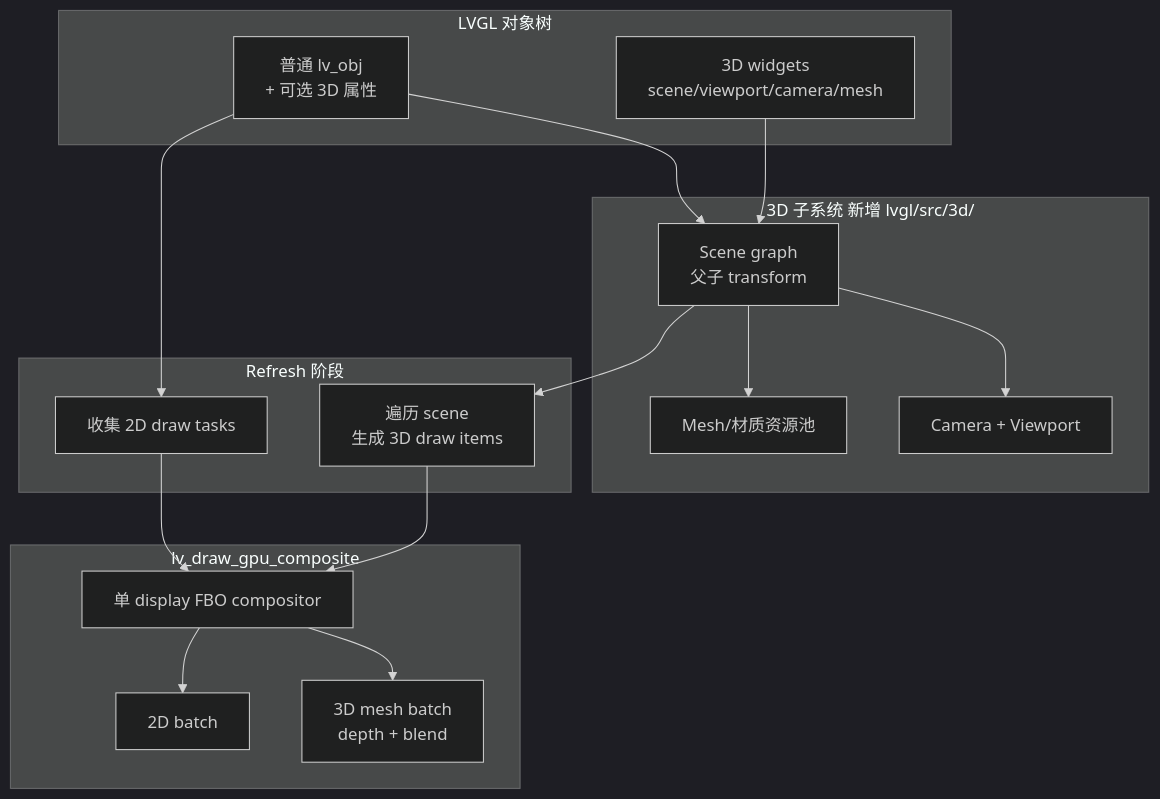
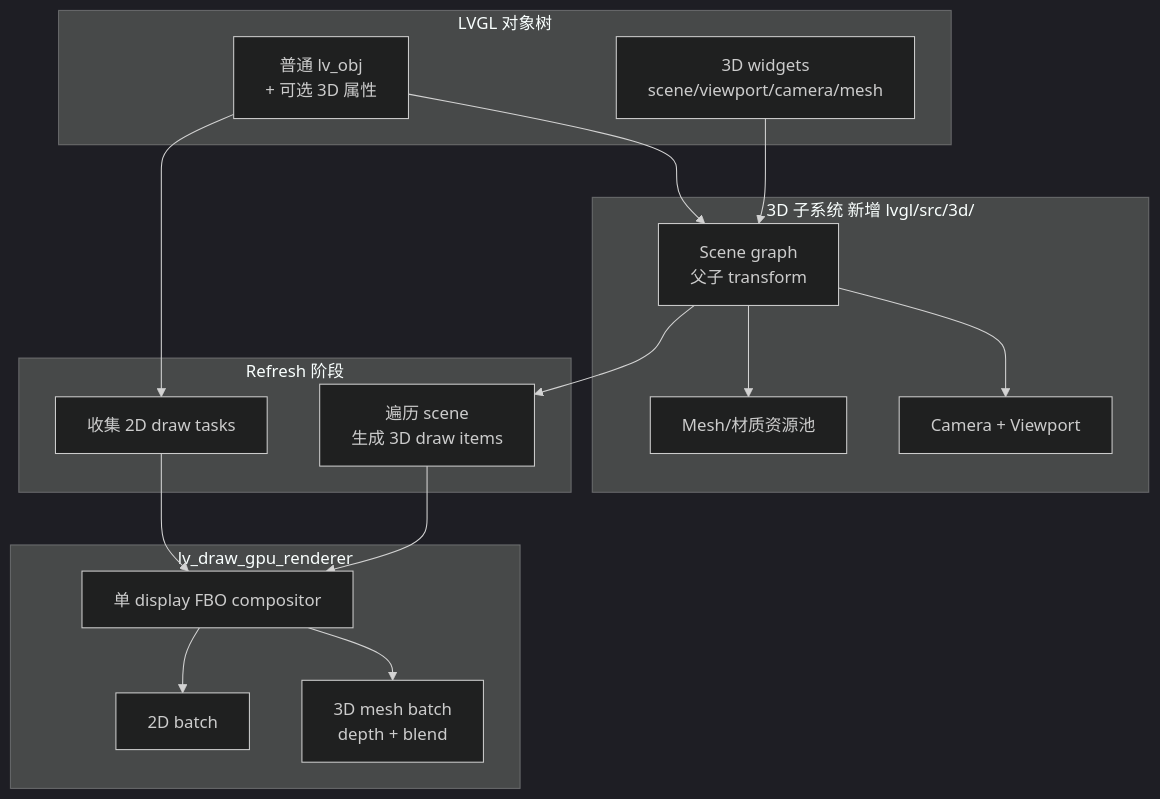
One commit to ganzhong007/lv_port_linux changed the fourth of 18 diagrams in docs/LVGL_2D3D_BACKEND_PLAN.md. Above: the diagram before and after it, drawn with Mermaid (dark theme). The commit also changed other lines of this file and 5 other files, not shown here.

First line of the commit message:
Add LVGL GPU renderer support with verification scripts and documentation updates.

````diff
--- a/docs/LVGL_2D3D_BACKEND_PLAN.md
+++ b/docs/LVGL_2D3D_BACKEND_PLAN.md
@@ -354,35 +354,35 @@
 ```mermaid
 flowchart TB
     subgraph obj_tree [LVGL 对象树]
         Obj2D["普通 lv_obj\n+ 可选 3D 属性"]
         W3D["3D widgets\nscene/viewport/camera/mesh"]
     end
 
     subgraph scene [3D 子系统 新增 lvgl/src/3d/]
         SG["Scene graph\n父子 transform"]
         Res["Mesh/材质资源池"]
         Cam["Camera + Viewport"]
     end
 
     subgraph refresh [Refresh 阶段]
         Collect2D["收集 2D draw tasks"]
         Collect3D["遍历 scene\n生成 3D draw items"]
     end
 
-    subgraph backend [lv_draw_gpu_composite]
+    subgraph backend [lv_draw_gpu_renderer]
         Comp["单 display FBO compositor"]
         Batch2D["2D batch"]
         Batch3D["3D mesh batch\ndepth + blend"]
     end
 
     Obj2D --> SG
     W3D --> SG
     SG --> Res
     SG --> Cam
     Obj2D --> Collect2D
     SG --> Collect3D
     Collect2D --> Comp
     Collect3D --> Comp
     Comp --> Batch2D
     Comp --> Batch3D
 ```
````
